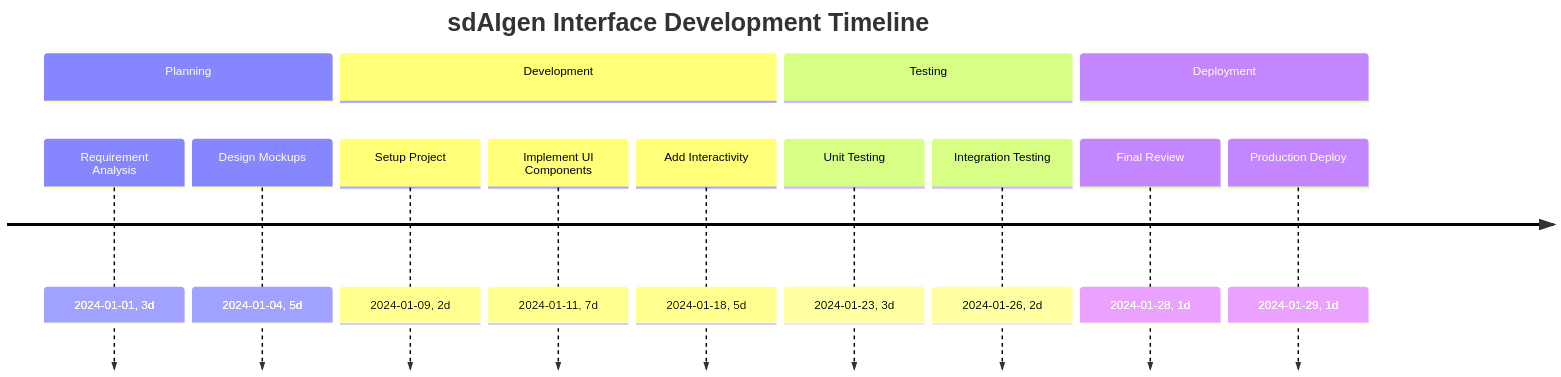
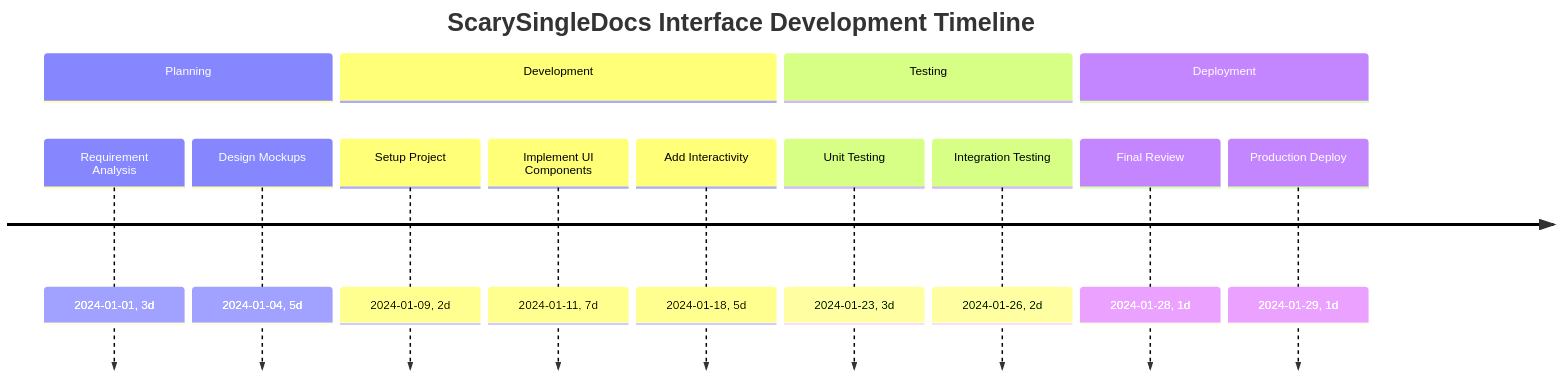
Diagram 13 of 20 in Docs/GuideDocs/MERMAID_GUIDE.md (ntruongan356-byte/ScarySingleDocs), drawn with Mermaid before and after one commit. The commit also changed other lines of this file and 42 other files, not shown here.

````diff
--- a/Docs/GuideDocs/MERMAID_GUIDE.md
+++ b/Docs/GuideDocs/MERMAID_GUIDE.md
@@ -280,20 +280,20 @@
 ```mermaid
 timeline
-    title sdAIgen Interface Development Timeline
+    title ScarySingleDocs Interface Development Timeline
     section Planning
       Requirement Analysis : 2024-01-01, 3d
       Design Mockups : 2024-01-04, 5d
     
     section Development
       Setup Project : 2024-01-09, 2d
       Implement UI Components : 2024-01-11, 7d
       Add Interactivity : 2024-01-18, 5d
     
     section Testing
       Unit Testing : 2024-01-23, 3d
       Integration Testing : 2024-01-26, 2d
     
     section Deployment
       Final Review : 2024-01-28, 1d
       Production Deploy : 2024-01-29, 1d
 ```
````
